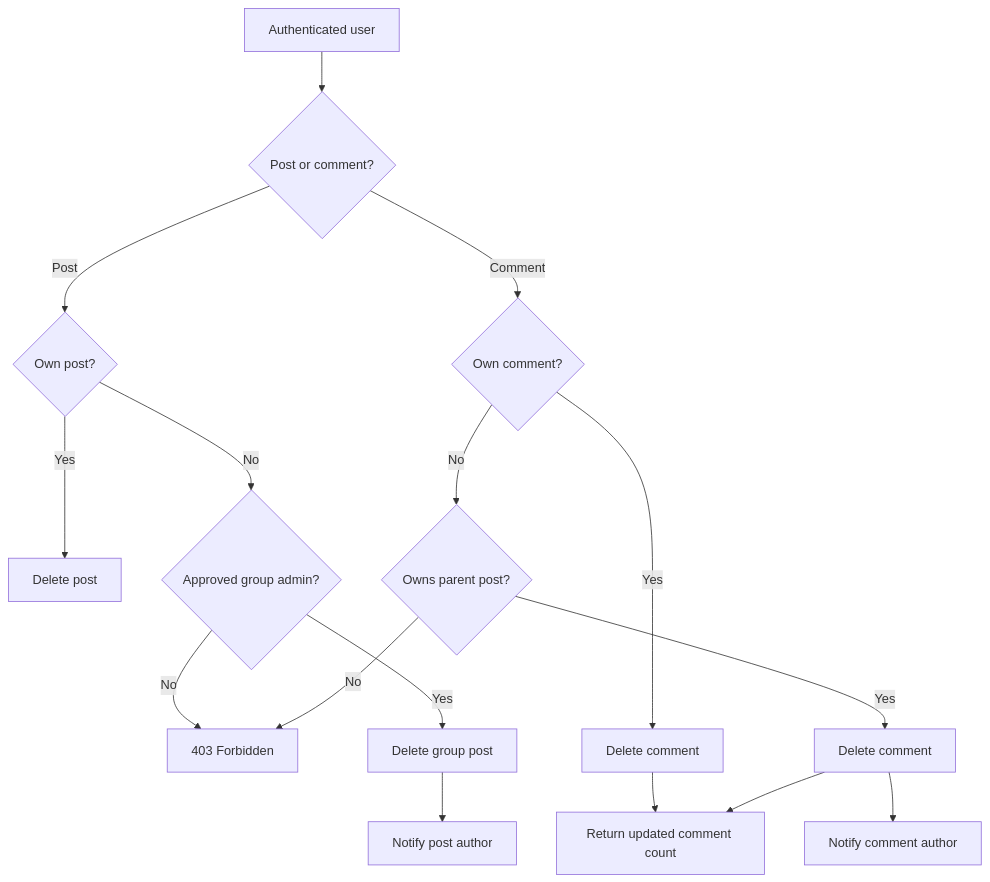
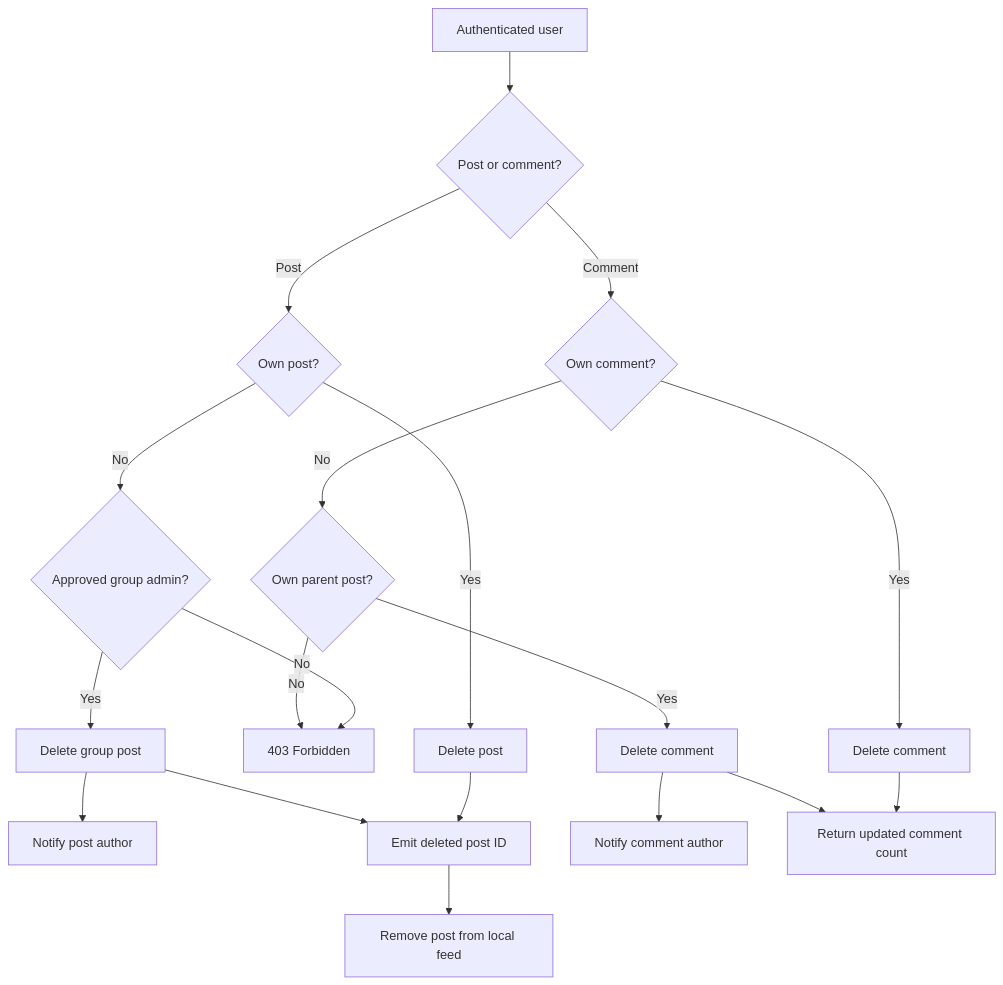
The fourth of 4 diagrams in docs/post-moderation-flow.md (Paradox-Work/Poet-Web), drawn with Mermaid before and after one commit. The commit also changed other lines of this file and 2 other files, not shown here.

First line of the commit message:
docs: update post feed and moderation flows

````diff
--- a/docs/post-moderation-flow.md
+++ b/docs/post-moderation-flow.md
@@ -370,29 +278,25 @@
 ```mermaid
 flowchart TD
-
-    A[Authenticated user]
-    --> B{Post or comment?}
+    A[Authenticated user] --> B{Post or comment?}
 
     B -->|Post| C{Own post?}
-
     C -->|Yes| D[Delete post]
     C -->|No| E{Approved group admin?}
-
     E -->|No| Z[403 Forbidden]
     E -->|Yes| F[Delete group post]
-
     F --> G[Notify post author]
 
-    B -->|Comment| H{Own comment?}
+    D --> H[Emit deleted post ID]
+    F --> H
+    H --> I[Remove post from local feed]
 
-    H -->|Yes| I[Delete comment]
-    H -->|No| J{Owns parent post?}
+    B -->|Comment| J{Own comment?}
+    J -->|Yes| K[Delete comment]
+    J -->|No| L{Own parent post?}
+    L -->|No| Z
+    L -->|Yes| M[Delete comment]
+    M --> N[Notify comment author]
 
-    J -->|No| Z
-    J -->|Yes| K[Delete comment]
-
-    K --> L[Notify comment author]
-
-    I --> M[Return updated comment count]
-    K --> M
+    K --> O[Return updated comment count]
+    M --> O
 ```
````
